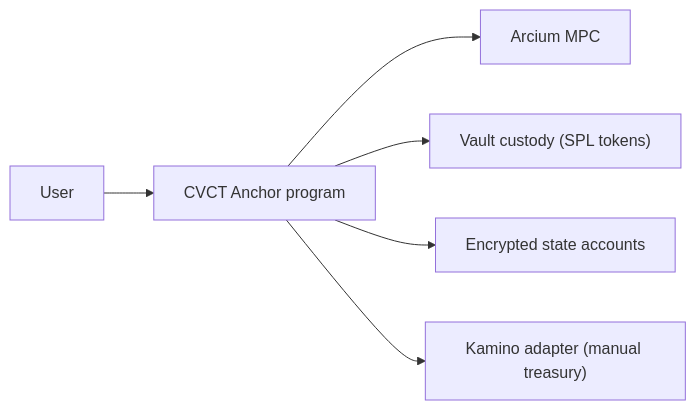
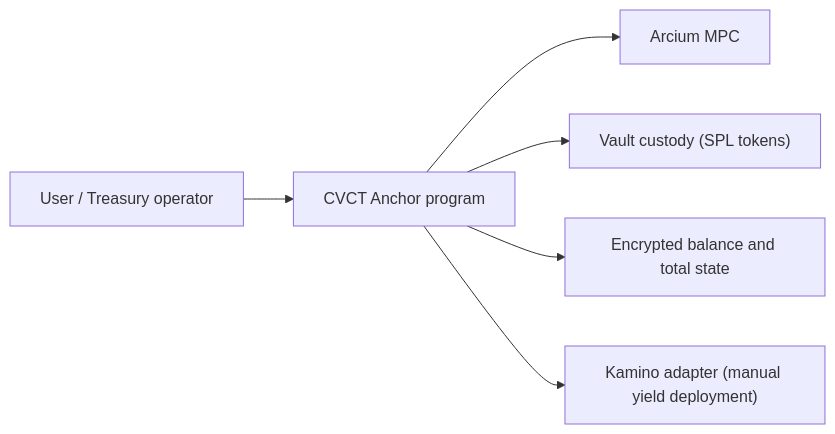
Before and after one commit to VeilPayProtocol/cvct_payroll: the first of 3 diagrams in docs/architecture.md, drawn with Mermaid. The commit also changed other lines of this file and 1 other file, not shown here.

First line of the commit message:
docs(cvct): reframe protocol as private yield treasury rail

````diff
--- a/docs/architecture.md
+++ b/docs/architecture.md
@@ -30,8 +34,8 @@
 ```mermaid
 flowchart LR
-    User["User"] --> Program["CVCT Anchor program"]
+    User["User / Treasury operator"] --> Program["CVCT Anchor program"]
     Program --> Arcium["Arcium MPC"]
     Program --> Vault["Vault custody (SPL tokens)"]
-    Program --> State["Encrypted state accounts"]
-    Program --> Kamino["Kamino adapter (manual treasury)"]
+    Program --> State["Encrypted balance and total state"]
+    Program --> Kamino["Kamino adapter (manual yield deployment)"]
 ```
````
